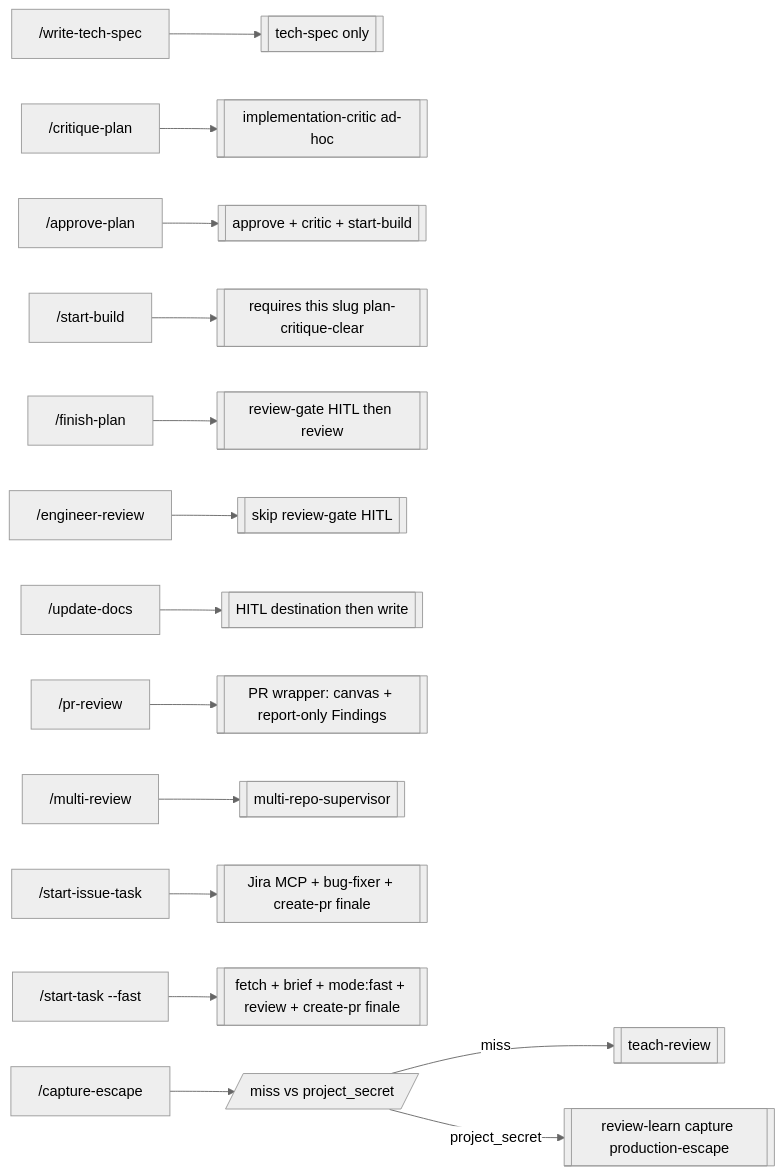
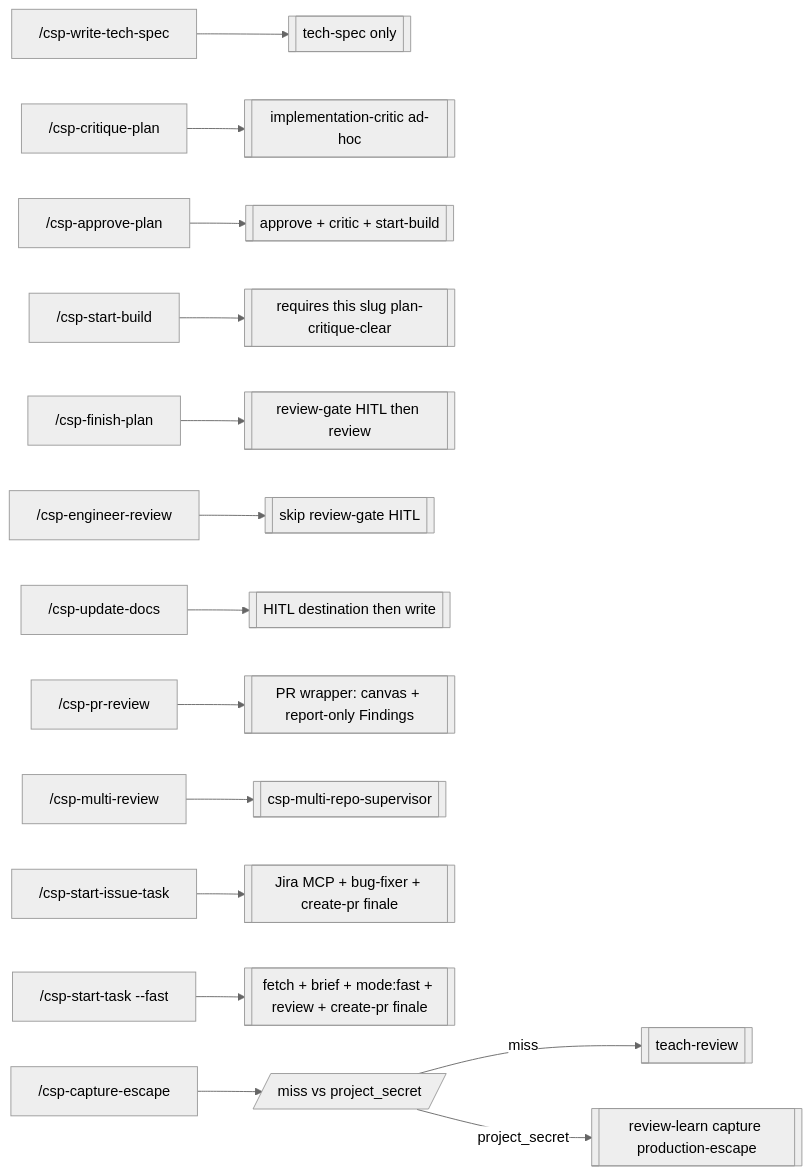
One commit to a-trembak/cursor-spells changed diagram 11 of 14 in docs/superpowers/pipeline-flow.md. Above: the diagram before and after it, drawn with Mermaid (neutral theme). The commit also changed other lines of this file and 227 other files, not shown here.

````diff
--- a/docs/superpowers/pipeline-flow.md
+++ b/docs/superpowers/pipeline-flow.md
@@ -518,17 +518,17 @@
 ```mermaid
 flowchart LR
-  writeSpec["/write-tech-spec"] --> techOnly[["tech-spec only"]]
-  critique["/critique-plan"] --> criticOnly[["implementation-critic ad-hoc"]]
-  approve["/approve-plan"] --> approveFlow[["approve + critic + start-build"]]
-  build["/start-build"] --> buildOnly[["requires this slug plan-critique-clear"]]
-  finish["/finish-plan"] --> finishFlow[["review-gate HITL then review"]]
-  eng["/engineer-review"] --> reviewDirect[["skip review-gate HITL"]]
-  docs["/update-docs"] --> docsFlow[["HITL destination then write"]]
-  pr["/pr-review"] --> prWrap[["PR wrapper: canvas + report-only Findings"]]
-  multi["/multi-review"] --> multiDirect[["multi-repo-supervisor"]]
-  issue["/start-issue-task"] --> issuePipe[["Jira MCP + bug-fixer + create-pr finale"]]
-  fast["/start-task --fast"] --> fastPipe[["fetch + brief + mode:fast + review + create-pr finale"]]
-  escape["/capture-escape"] --> dest[/"miss vs project_secret"/]
+  writeSpec["/csp-write-tech-spec"] --> techOnly[["tech-spec only"]]
+  critique["/csp-critique-plan"] --> criticOnly[["implementation-critic ad-hoc"]]
+  approve["/csp-approve-plan"] --> approveFlow[["approve + critic + start-build"]]
+  build["/csp-start-build"] --> buildOnly[["requires this slug plan-critique-clear"]]
+  finish["/csp-finish-plan"] --> finishFlow[["review-gate HITL then review"]]
+  eng["/csp-engineer-review"] --> reviewDirect[["skip review-gate HITL"]]
+  docs["/csp-update-docs"] --> docsFlow[["HITL destination then write"]]
+  pr["/csp-pr-review"] --> prWrap[["PR wrapper: canvas + report-only Findings"]]
+  multi["/csp-multi-review"] --> multiDirect[["csp-multi-repo-supervisor"]]
+  issue["/csp-start-issue-task"] --> issuePipe[["Jira MCP + bug-fixer + create-pr finale"]]
+  fast["/csp-start-task --fast"] --> fastPipe[["fetch + brief + mode:fast + review + create-pr finale"]]
+  escape["/csp-capture-escape"] --> dest[/"miss vs project_secret"/]
   dest -->|miss| teachEsc[["teach-review"]]
   dest -->|project_secret| learnPipe[["review-learn capture production-escape"]]
 ```
````
